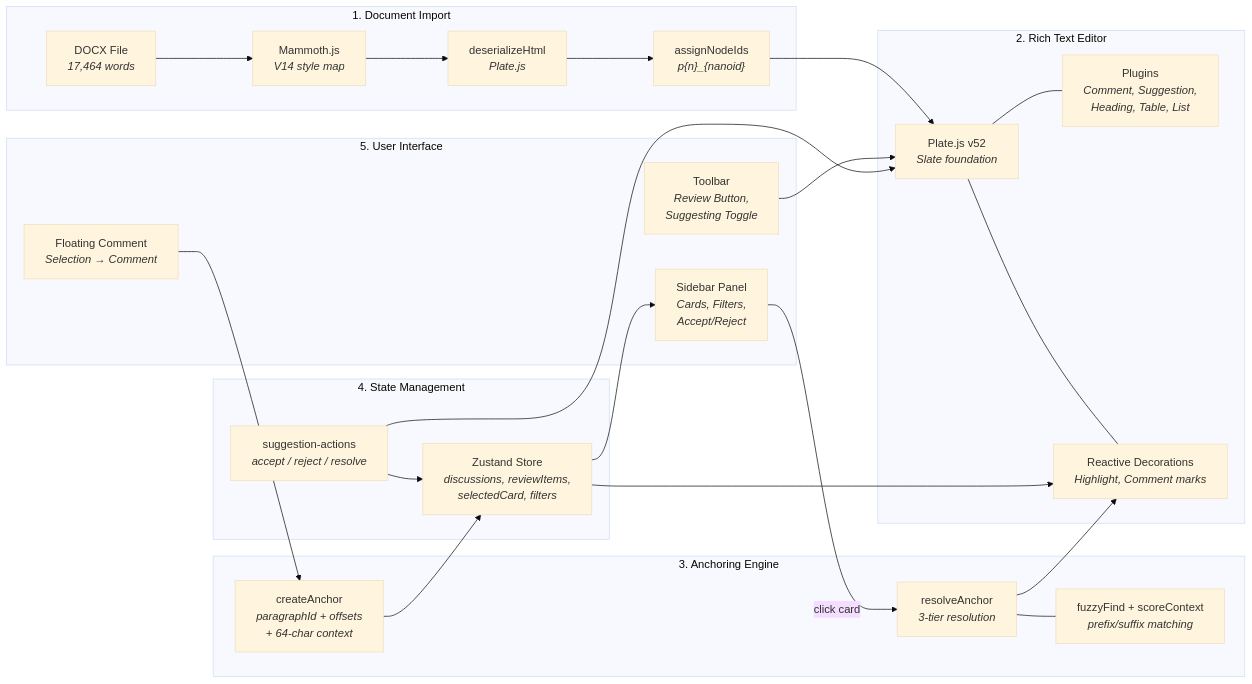
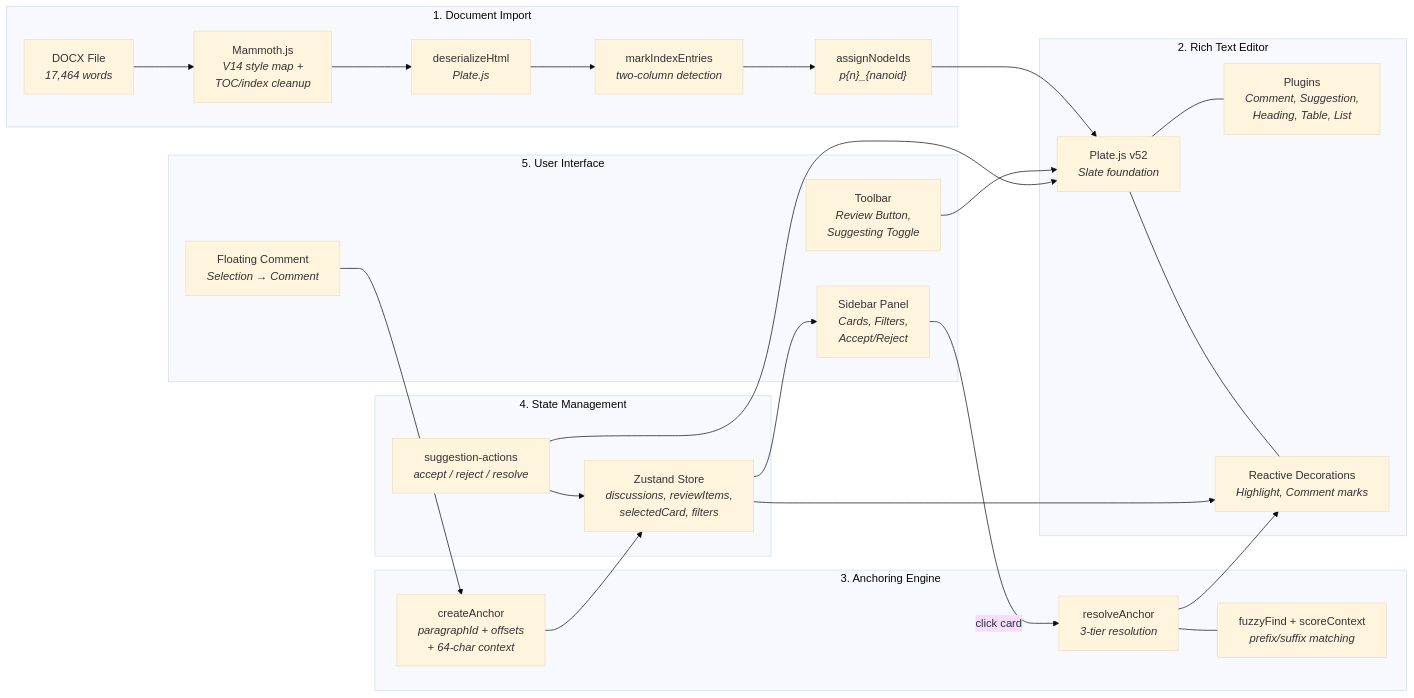
One commit to emmcygn/plate.js-text-editor changed the first of 7 diagrams in submission-docs/01-architecture-overview.md. Above: the diagram before and after it, drawn with Mermaid (base theme). The commit also changed other lines of this file and 1 other file, not shown here.

First line of the commit message:
docs: update README and architecture overview for rendering pipeline

````diff
--- a/submission-docs/01-architecture-overview.md
+++ b/submission-docs/01-architecture-overview.md
@@ -7,44 +7,45 @@
 ```mermaid
 graph LR
     subgraph Import ["1. Document Import"]
         DOCX["DOCX File<br/><i>17,464 words</i>"]
-        MAM["Mammoth.js<br/><i>V14 style map</i>"]
+        MAM["Mammoth.js<br/><i>V14 style map +<br/>TOC/index cleanup</i>"]
         DES["deserializeHtml<br/><i>Plate.js</i>"]
+        IDX["markIndexEntries<br/><i>two-column detection</i>"]
         IDS["assignNodeIds<br/><i>p{n}_{nanoid}</i>"]
     end
 
     subgraph Editor ["2. Rich Text Editor"]
         PLATE["Plate.js v52<br/><i>Slate foundation</i>"]
         PLUGINS["Plugins<br/><i>Comment, Suggestion,<br/>Heading, Table, List</i>"]
         DECORATE["Reactive Decorations<br/><i>Highlight, Comment marks</i>"]
     end
 
     subgraph Anchoring ["3. Anchoring Engine"]
         CREATE["createAnchor<br/><i>paragraphId + offsets<br/>+ 64-char context</i>"]
         RESOLVE["resolveAnchor<br/><i>3-tier resolution</i>"]
         FUZZY["fuzzyFind + scoreContext<br/><i>prefix/suffix matching</i>"]
     end
 
     subgraph State ["4. State Management"]
         ZUSTAND["Zustand Store<br/><i>discussions, reviewItems,<br/>selectedCard, filters</i>"]
         ACTIONS["suggestion-actions<br/><i>accept / reject / resolve</i>"]
     end
 
     subgraph UI ["5. User Interface"]
         TOOLBAR["Toolbar<br/><i>Review Button,<br/>Suggesting Toggle</i>"]
         SIDEBAR["Sidebar Panel<br/><i>Cards, Filters,<br/>Accept/Reject</i>"]
         FLOAT["Floating Comment<br/><i>Selection → Comment</i>"]
     end
 
-    DOCX --> MAM --> DES --> IDS --> PLATE
+    DOCX --> MAM --> DES --> IDX --> IDS --> PLATE
     PLATE --- PLUGINS
     PLATE --- DECORATE
     TOOLBAR --> PLATE
     FLOAT --> CREATE --> ZUSTAND
     SIDEBAR -->|"click card"| RESOLVE --> DECORATE
     RESOLVE --- FUZZY
     ZUSTAND --> SIDEBAR
     ZUSTAND --> DECORATE
     ACTIONS --> PLATE
     ACTIONS --> ZUSTAND
 ```
````
